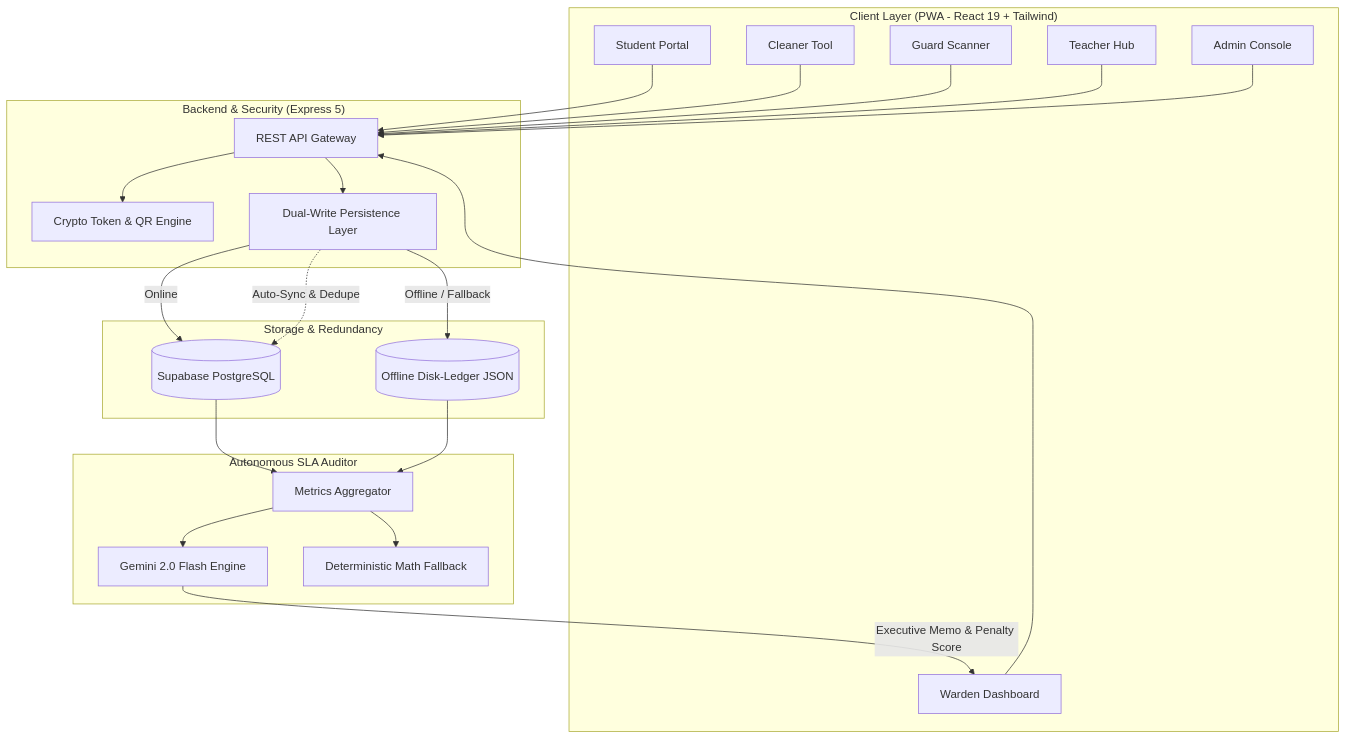
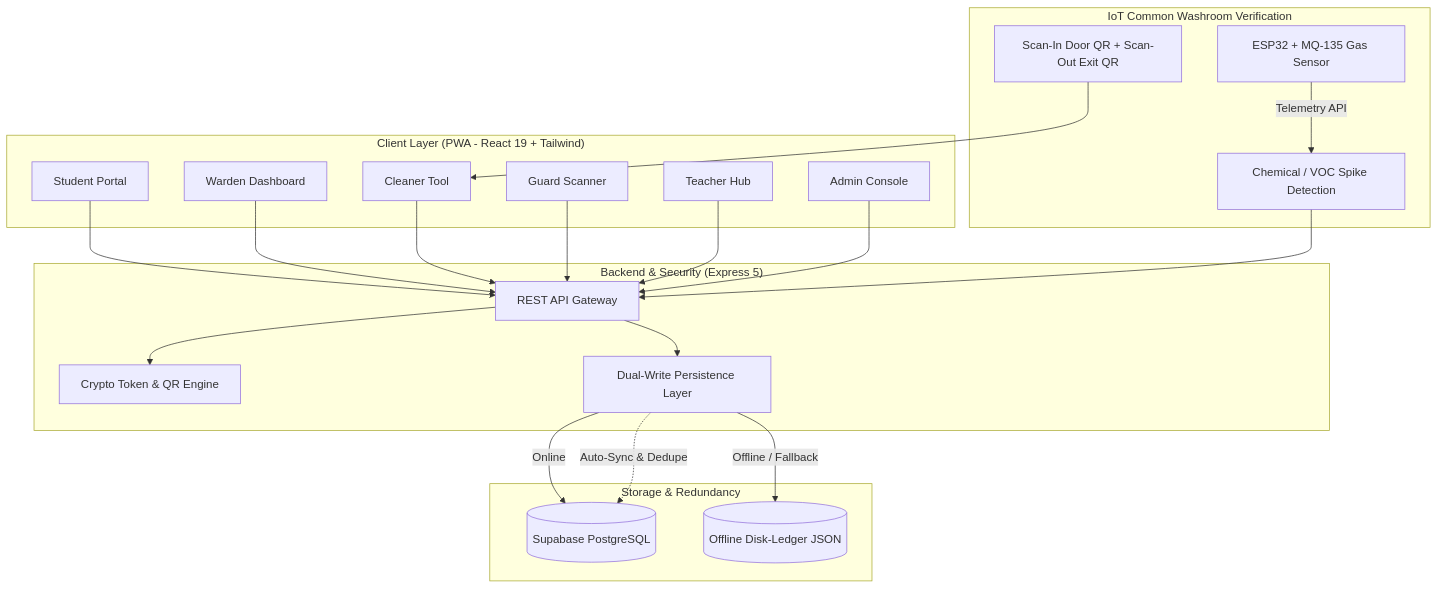
One commit to HaraPrasadGouda/CampusDebug-OS changed the diagram in README.md. Above: the diagram before and after it, drawn with Mermaid. The commit also changed other lines of this file, not shown here.

Commit message:
docs: update README with IoT washroom and zero-trust cleaning

````diff
--- a/README.md
+++ b/README.md
@@ -59,40 +60,39 @@
 ```mermaid
 flowchart TD
     subgraph ClientLayer ["Client Layer (PWA - React 19 + Tailwind)"]
         S[Student Portal]
         W[Warden Dashboard]
         C[Cleaner Tool]
         G[Guard Scanner]
         T[Teacher Hub]
         A[Admin Console]
     end
 
     subgraph CoreBackend ["Backend & Security (Express 5)"]
         API[REST API Gateway]
         QR[Crypto Token & QR Engine]
         DualWrite[Dual-Write Persistence Layer]
     end
 
     subgraph DataStorage ["Storage & Redundancy"]
         PG[(Supabase PostgreSQL)]
         Ledger[(Offline Disk-Ledger JSON)]
     end
 
-    subgraph AIEngine ["Autonomous SLA Auditor"]
-        Agg[Metrics Aggregator]
-        Gemini[Gemini 2.0 Flash Engine]
-        LocalFallback[Deterministic Math Fallback]
+    subgraph IoTLeg ["IoT Common Washroom Verification"]
+        ESP[ESP32 + MQ-135 Gas Sensor]
+        VOC[Chemical / VOC Spike Detection]
+        DualQR[Scan-In Door QR + Scan-Out Exit QR]
     end
 
     S & W & C & G & T & A --> API
     API --> QR
     API --> DualWrite
     DualWrite -->|Online| PG
     DualWrite -->|Offline / Fallback| Ledger
     DualWrite -.->|Auto-Sync & Dedupe| PG
 
-    PG & Ledger --> Agg
-    Agg --> Gemini
-    Agg --> LocalFallback
-    Gemini -->|Executive Memo & Penalty Score| W
+    ESP -->|Telemetry API| VOC
+    VOC --> API
+    DualQR --> C
 ```
````
